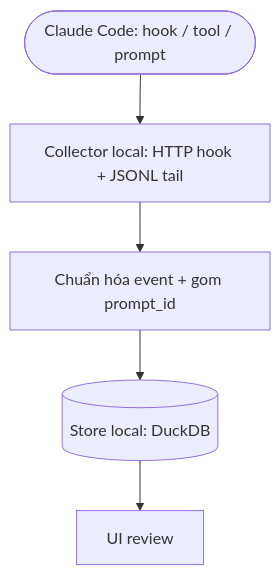
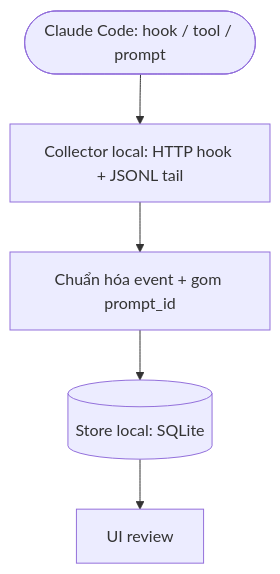
One commit to anhnth24/agent-lens changed the diagram in agentlens-docs/PRD-0001-agent-observability.md. Above: the diagram before and after it, drawn with Mermaid. The commit also changed other lines of this file and 3 other files, not shown here.

First line of the commit message:
docs: choose SQLite as the lean store

````diff
--- a/agentlens-docs/PRD-0001-agent-observability.md
+++ b/agentlens-docs/PRD-0001-agent-observability.md
@@ -109,7 +109,7 @@
 ```mermaid
 flowchart TD
   cc([Claude Code: hook / tool / prompt]) --> col[Collector local: HTTP hook + JSONL tail]
   col --> norm[Chuẩn hóa event + gom prompt_id]
-  norm --> db[(Store local: DuckDB)]
+  norm --> db[(Store local: SQLite)]
   db --> ui[UI review]
 ```
````
